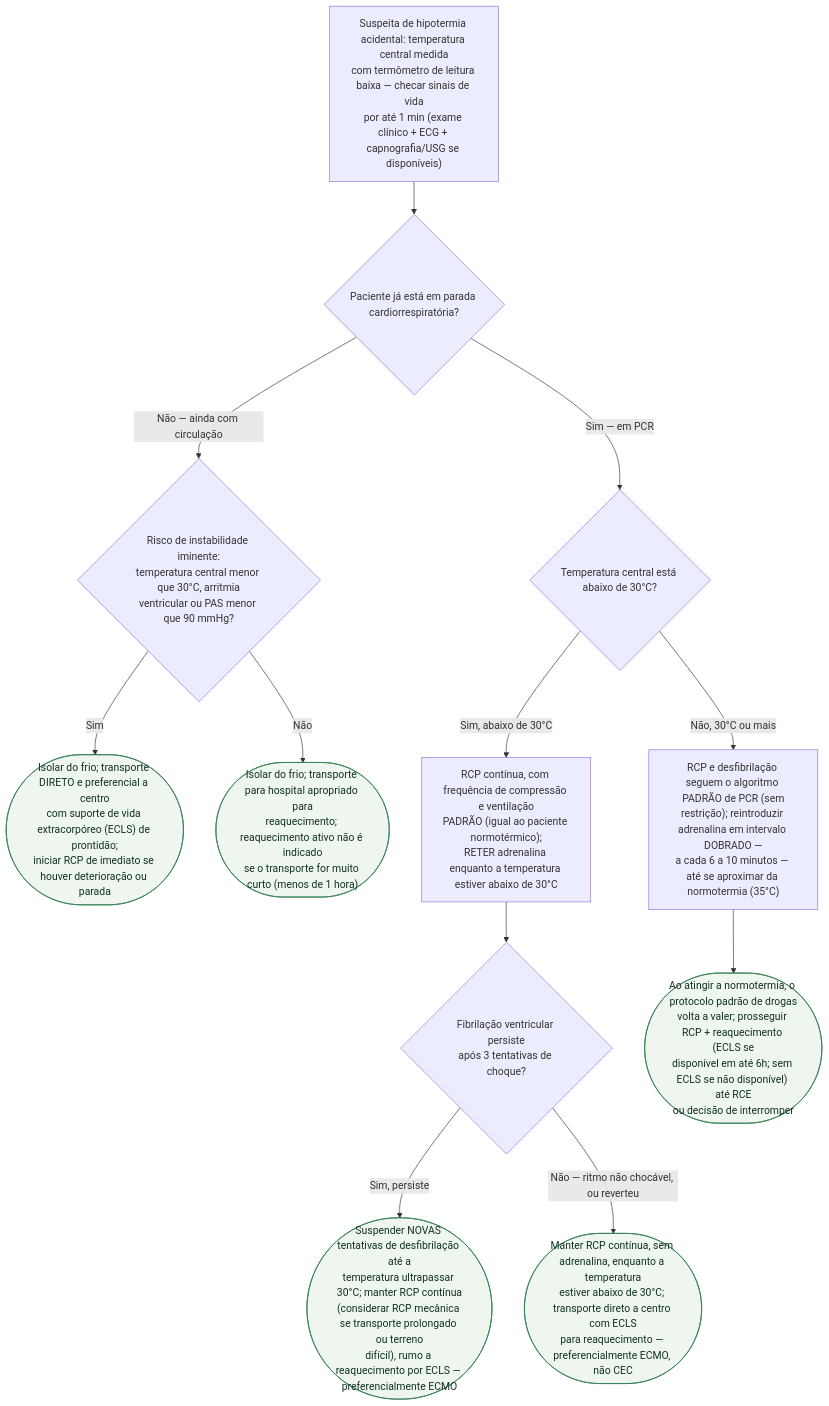
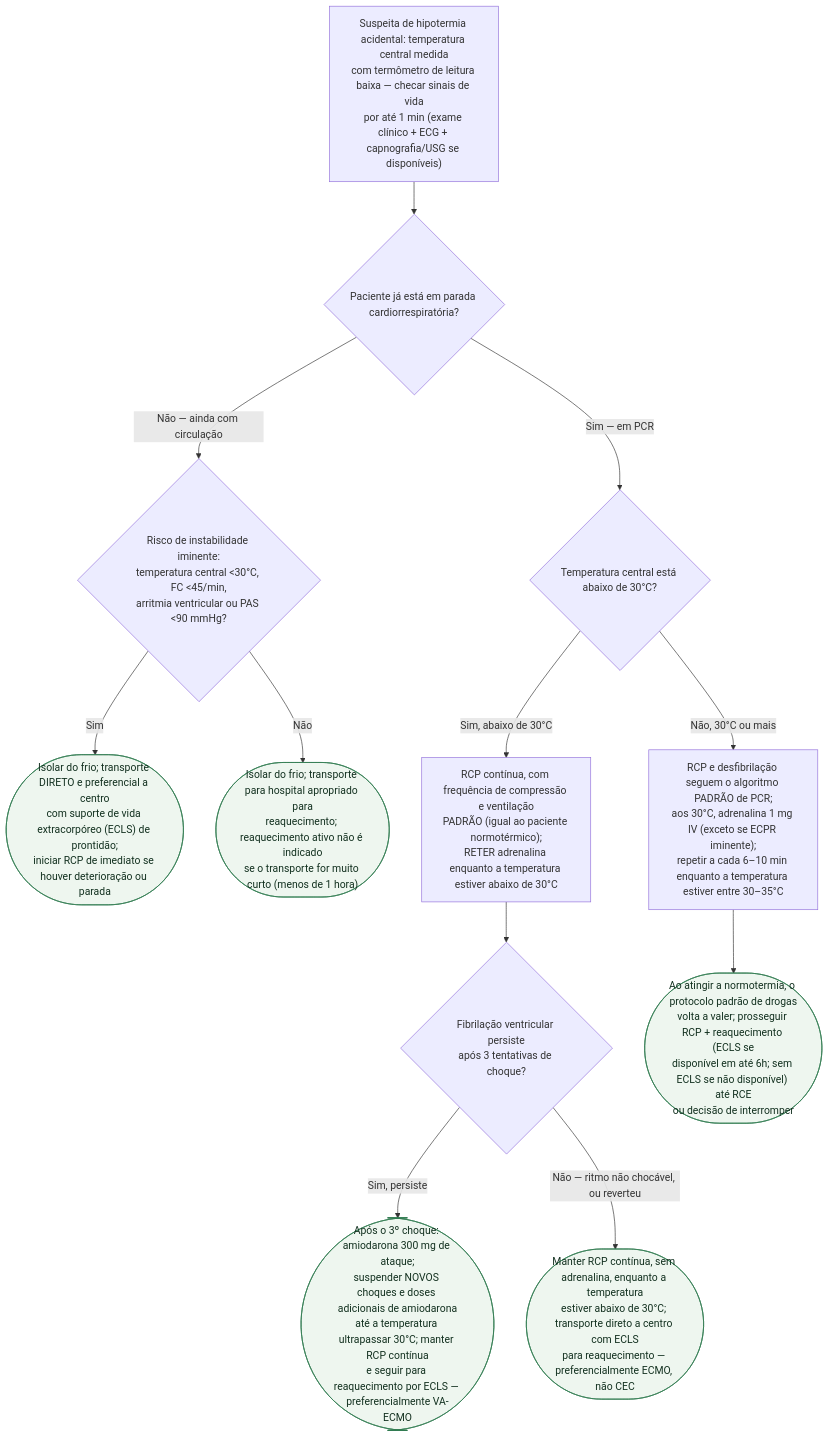
One commit to rafaelpaesmeirelles/MeuCardio changed the diagram in content/Terapia_intensiva/fluxograma-hipotermia-acidental-e-parada-cardiorrespiratoria.md. Above: the diagram before and after it, drawn with Mermaid. The commit also changed other lines of this file and 22 other files, not shown here.

````diff
--- a/content/Terapia_intensiva/fluxograma-hipotermia-acidental-e-parada-cardiorrespiratoria.md
+++ b/content/Terapia_intensiva/fluxograma-hipotermia-acidental-e-parada-cardiorrespiratoria.md
@@ -24,38 +25,38 @@
 ```mermaid
 flowchart TD
   R["Suspeita de hipotermia acidental: temperatura central medida<br/>com termômetro de leitura baixa — checar sinais de vida<br/>por até 1 min (exame clínico + ECG + capnografia/USG se disponíveis)"]
   R --> D1
 
   D1{"Paciente já está em parada cardiorrespiratória?"}
   D1 -->|"Não — ainda com circulação"| D2
   D1 -->|"Sim — em PCR"| D4
 
-  D2{"Risco de instabilidade iminente:<br/>temperatura central menor que 30°C, arritmia<br/>ventricular ou PAS menor que 90 mmHg?"}
+  D2{"Risco de instabilidade iminente:<br/>temperatura central <30°C, FC <45/min,<br/>arritmia ventricular ou PAS <90 mmHg?"}
   D2 -->|"Sim"| C1
   D2 -->|"Não"| C2
 
   C1(["Isolar do frio; transporte DIRETO e preferencial a centro<br/>com suporte de vida extracorpóreo (ECLS) de prontidão;<br/>iniciar RCP de imediato se houver deterioração ou parada"])
   C2(["Isolar do frio; transporte para hospital apropriado para<br/>reaquecimento; reaquecimento ativo não é indicado<br/>se o transporte for muito curto (menos de 1 hora)"])
 
   D4{"Temperatura central está abaixo de 30°C?"}
   D4 -->|"Sim, abaixo de 30°C"| M1
   D4 -->|"Não, 30°C ou mais"| M2
 
   M1["RCP contínua, com frequência de compressão e ventilação<br/>PADRÃO (igual ao paciente normotérmico);<br/>RETER adrenalina enquanto a temperatura estiver abaixo de 30°C"]
   M1 --> D5
 
   D5{"Fibrilação ventricular persiste<br/>após 3 tentativas de choque?"}
   D5 -->|"Sim, persiste"| C3
   D5 -->|"Não — ritmo não chocável, ou reverteu"| C4
 
-  C3(["Suspender NOVAS tentativas de desfibrilação até a<br/>temperatura ultrapassar 30°C; manter RCP contínua<br/>(considerar RCP mecânica se transporte prolongado ou terreno<br/>difícil), rumo a reaquecimento por ECLS — preferencialmente ECMO"])
+  C3(["Após o 3º choque: amiodarona 300 mg de ataque;<br/>suspender NOVOS choques e doses adicionais de amiodarona<br/>até a temperatura ultrapassar 30°C; manter RCP contínua<br/>e seguir para reaquecimento por ECLS — preferencialmente VA-ECMO"])
   C4(["Manter RCP contínua, sem adrenalina, enquanto a temperatura<br/>estiver abaixo de 30°C; transporte direto a centro com ECLS<br/>para reaquecimento — preferencialmente ECMO, não CEC"])
 
-  M2["RCP e desfibrilação seguem o algoritmo PADRÃO de PCR (sem<br/>restrição); reintroduzir adrenalina em intervalo DOBRADO —<br/>a cada 6 a 10 minutos — até se aproximar da normotermia (35°C)"]
+  M2["RCP e desfibrilação seguem o algoritmo PADRÃO de PCR;<br/>aos 30°C, adrenalina 1 mg IV (exceto se ECPR iminente);<br/>repetir a cada 6–10 min enquanto a temperatura estiver entre 30–35°C"]
   M2 --> C5
 
   C5(["Ao atingir a normotermia, o protocolo padrão de drogas<br/>volta a valer; prosseguir RCP + reaquecimento (ECLS se<br/>disponível em até 6h; sem ECLS se não disponível) até RCE<br/>ou decisão de interromper"])
 
   classDef conduta fill:#eef6ef,stroke:#2f7a4f,color:#12301f;
   class C1,C2,C3,C4,C5 conduta;
 ```
````
